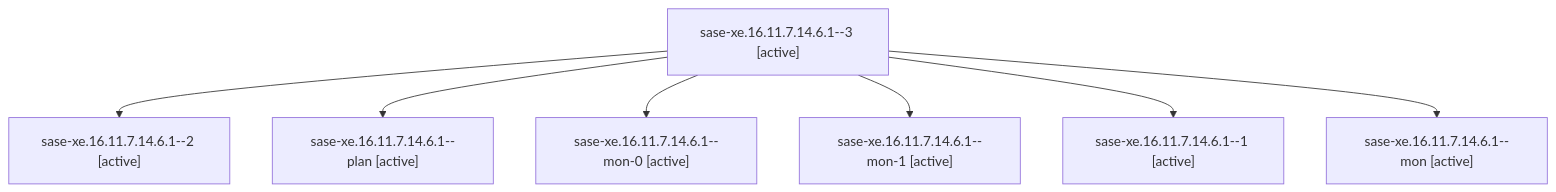
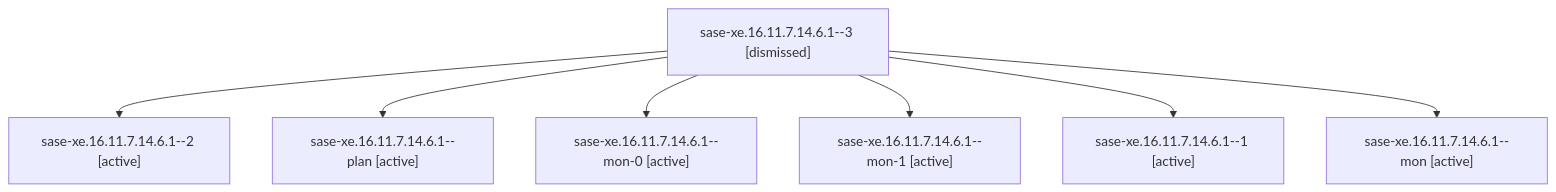
One commit to sase-org/sase--agents changed the diagram in sessions/bbugyi200.athena.sase-xe.16.11.7.14.6.1.md. Above: the diagram before and after it, drawn with Mermaid. The commit also changed other lines of this file and 397 other files, not shown here.

````diff
--- a/sessions/bbugyi200.athena.sase-xe.16.11.7.14.6.1.md
+++ b/sessions/bbugyi200.athena.sase-xe.16.11.7.14.6.1.md
@@ -9,16 +9,16 @@
 ```mermaid
 flowchart TD
-  n0["sase-xe.16.11.7.14.6.1--3 [active]"]
+  n0["sase-xe.16.11.7.14.6.1--3 [dismissed]"]
   n1["sase-xe.16.11.7.14.6.1--2 [active]"]
   n0 --> n1
   n2["sase-xe.16.11.7.14.6.1--plan [active]"]
   n0 --> n2
   n3["sase-xe.16.11.7.14.6.1--mon-0 [active]"]
   n0 --> n3
   n4["sase-xe.16.11.7.14.6.1--mon-1 [active]"]
   n0 --> n4
   n5["sase-xe.16.11.7.14.6.1--1 [active]"]
   n0 --> n5
   n6["sase-xe.16.11.7.14.6.1--mon [active]"]
   n0 --> n6
 ```
````
